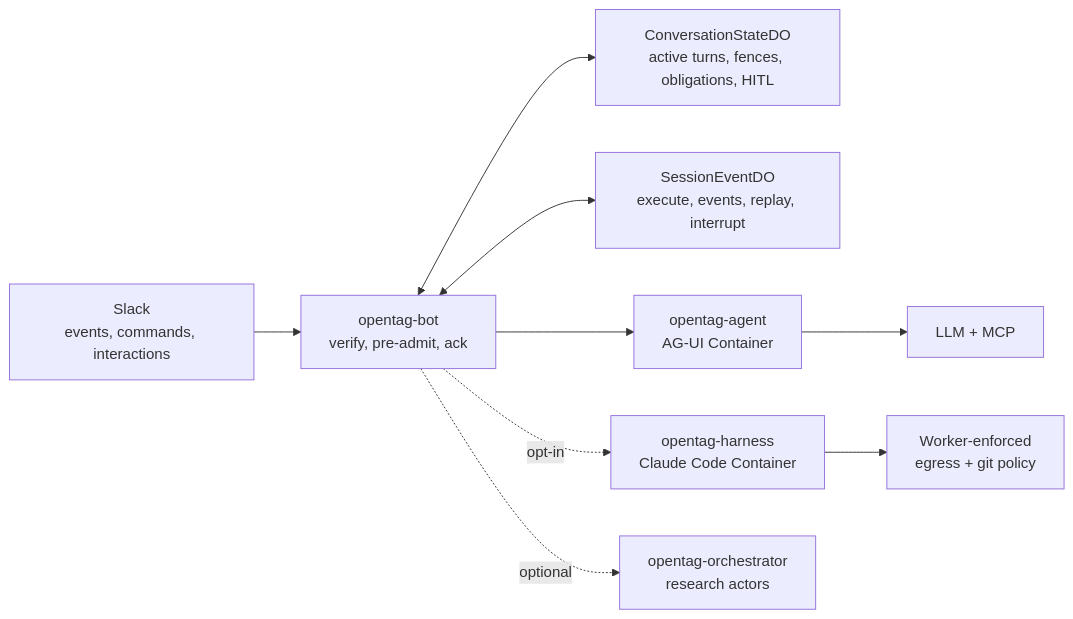
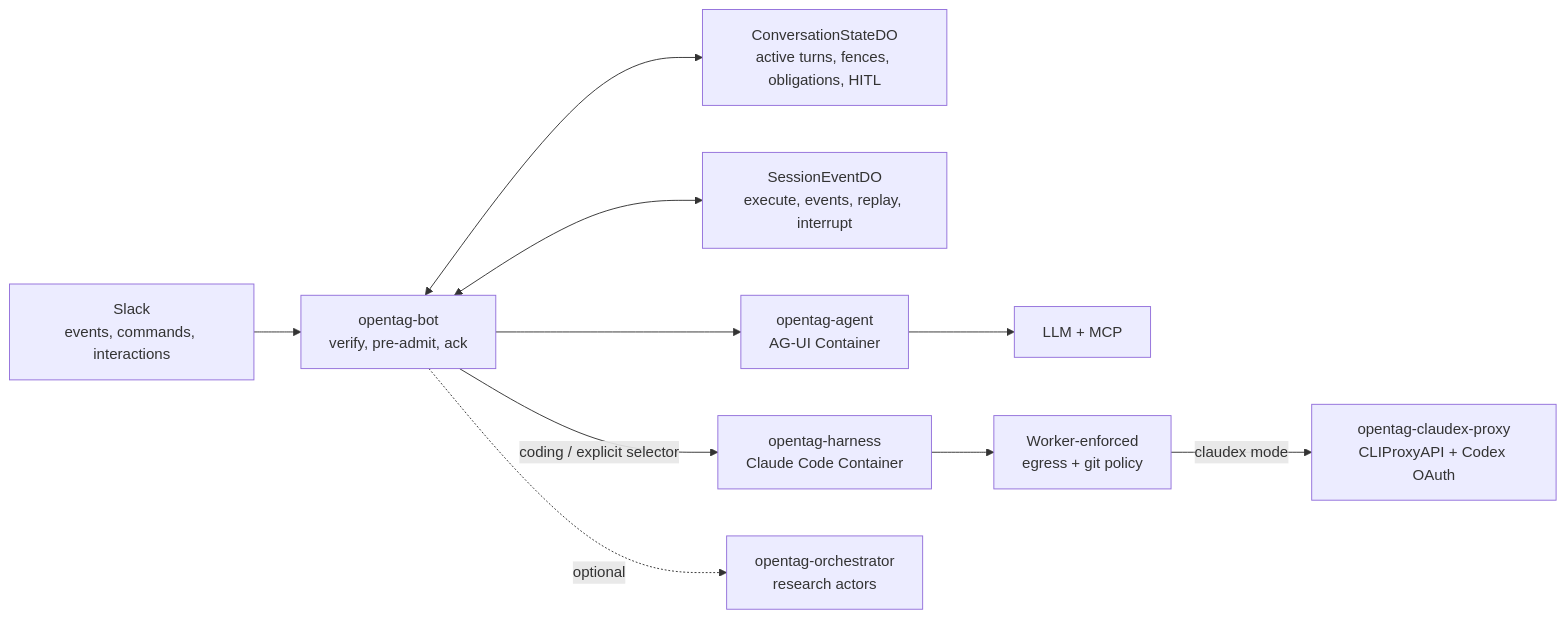
Before and after one commit to wcordelo/opentag: the diagram in README.md, drawn with Mermaid. The commit also changed other lines of this file and 14 other files, not shown here.

Commit message:
Document production Claudex architecture

````diff
--- a/README.md
+++ b/README.md
@@ -32,11 +32,12 @@
 ```mermaid
 flowchart LR
     Slack["Slack<br/>events, commands, interactions"] --> Bot["opentag-bot<br/>verify, pre-admit, ack"]
     Bot <--> Conversation["ConversationStateDO<br/>active turns, fences, obligations, HITL"]
     Bot <--> Session["SessionEventDO<br/>execute, events, replay, interrupt"]
     Bot --> Agent["opentag-agent<br/>AG-UI Container"]
-    Bot -. opt-in .-> Harness["opentag-harness<br/>Claude Code Container"]
+    Bot -->|"coding / explicit selector"| Harness["opentag-harness<br/>Claude Code Container"]
     Bot -. optional .-> Research["opentag-orchestrator<br/>research actors"]
     Agent --> MCP["LLM + MCP"]
     Harness --> Guard["Worker-enforced<br/>egress + git policy"]
+    Guard -->|"claudex mode"| Proxy["opentag-claudex-proxy<br/>CLIProxyAPI + Codex OAuth"]
 ```
````
